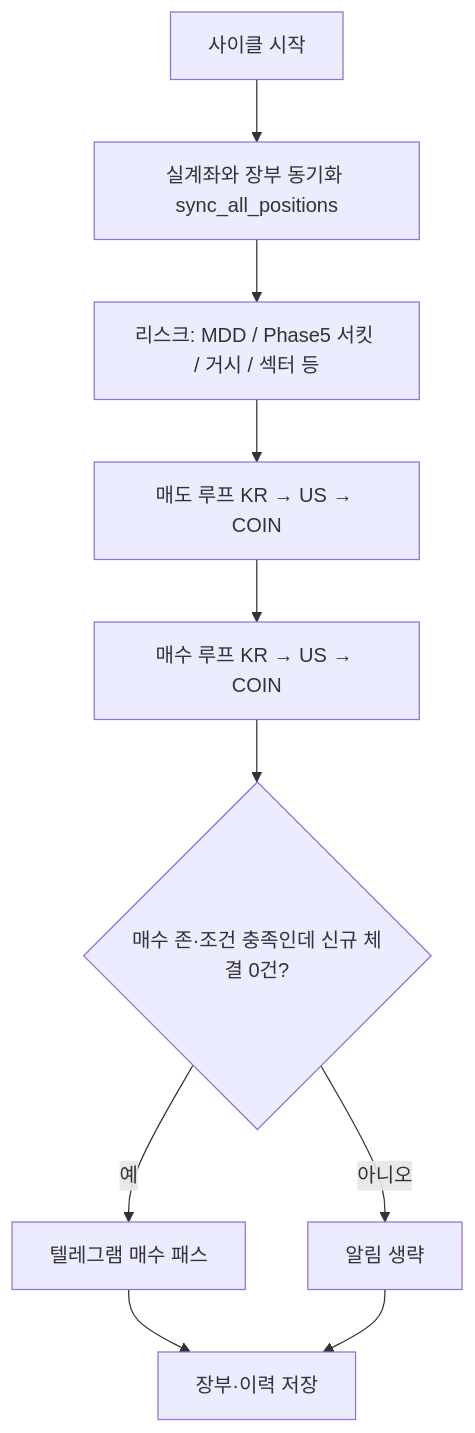
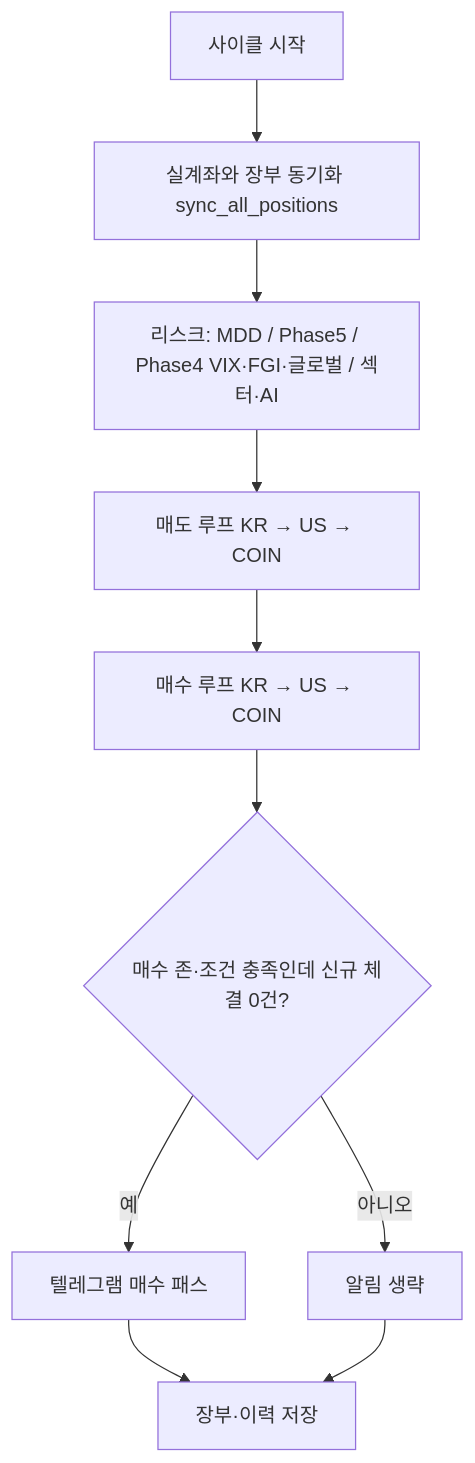
One commit to psyo1o/trade changed the diagram in README.md. Above: the diagram before and after it, drawn with Mermaid. The commit also changed other lines of this file and 7 other files, not shown here.

First line of the commit message:
Phase4 글로벌·RS/변동성·Hurst 0.45 반영 및 매수 창 안 차단 로그 정합

````diff
--- a/README.md
+++ b/README.md
@@ -178,12 +179,12 @@
 ```mermaid
 flowchart TD
   A[사이클 시작] --> B[실계좌와 장부 동기화 sync_all_positions]
-  B --> C[리스크: MDD / Phase5 서킷 / 거시 / 섹터 등]
+  B --> C[리스크: MDD / Phase5 / Phase4 VIX·FGI·글로벌 / 섹터·AI]
   C --> D[매도 루프 KR → US → COIN]
   D --> E[매수 루프 KR → US → COIN]
   E --> F{매수 존·조건 충족인데 신규 체결 0건?}
   F -->|예| G[텔레그램 매수 패스]
   F -->|아니오| H[알림 생략]
   G --> I[장부·이력 저장]
   H --> I
 ```
````
